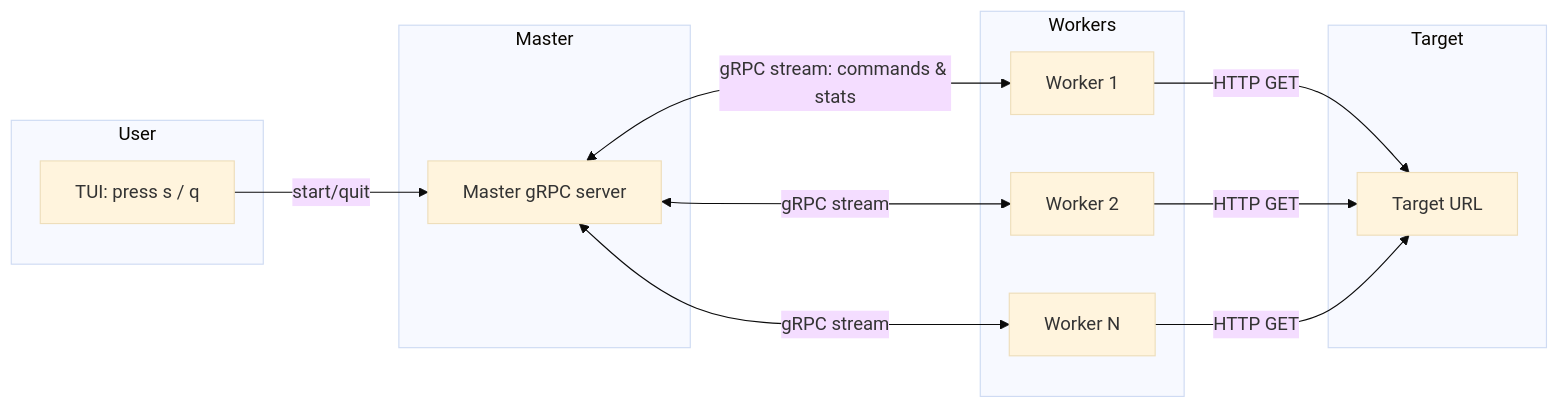
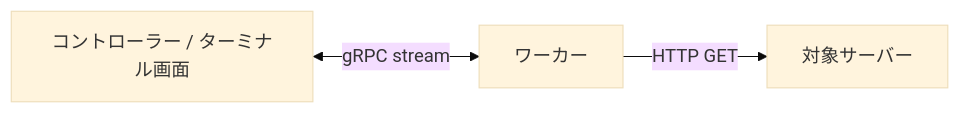
Before and after one commit to ryokotaka/SwarmGo: the diagram in README_ja.md, drawn with Mermaid (base theme). The commit also changed other lines of this file and 16 other files, not shown here.

````diff
--- a/README_ja.md
+++ b/README_ja.md
@@ -291,22 +95,5 @@
 ```mermaid
 flowchart LR
-    subgraph User
-        TUI[TUI: press s / q]
-    end
-    subgraph Master
-        M[Master gRPC server]
-    end
-    subgraph Workers
-        W1[Worker 1]
-        W2[Worker 2]
-        WN[Worker N]
-    end
-    subgraph Target
-        URL[Target URL]
-    end
-    TUI -->|start/quit| M
-    M <-->|gRPC stream: commands & stats| W1
-    M <-->|gRPC stream| W2
-    M <-->|gRPC stream| WN
-    W1 & W2 & WN -->|HTTP GET| URL
+    C[コントローラー / ターミナル画面] <-->|gRPC stream| W[ワーカー]
+    W -->|HTTP GET| T[対象サーバー]
 ```
````
